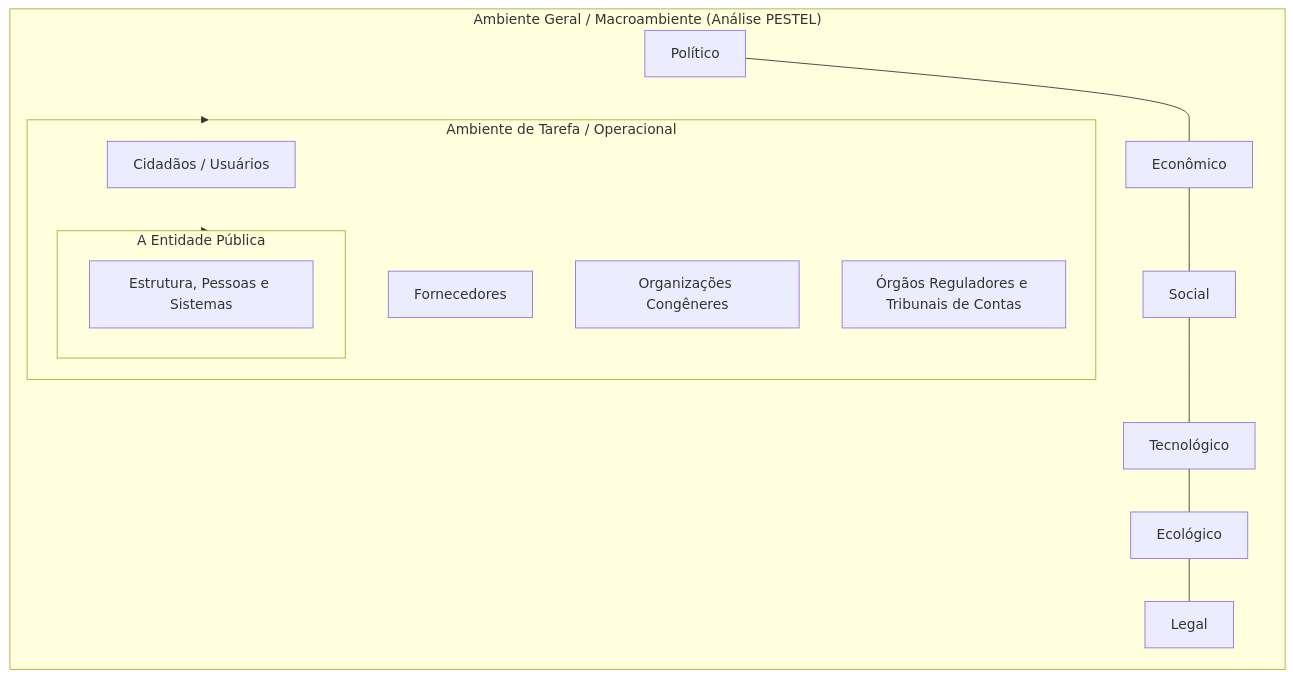
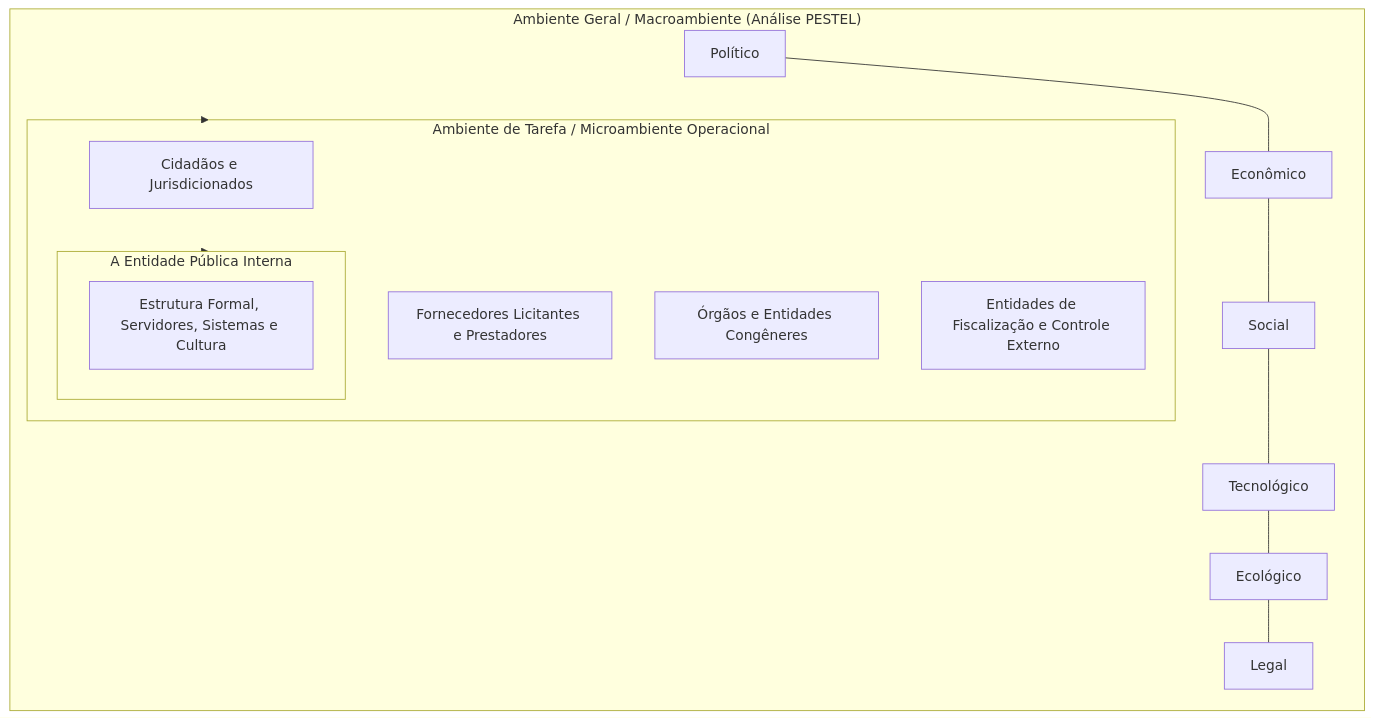
One commit to thiagosantos346/TCE-GO-2027 changed the fifth of 5 diagrams in fontes_de_estudo/conhecimentos_especificos_a01_tecnico_administrativo/22_administracao_geral/02_organizacao_racional_do_trabalho_estruturas_e_ambientes.md. Above: the diagram before and after it, drawn with Mermaid. The commit also changed other lines of this file and 119 other files, not shown here.

````diff
--- a/fontes_de_estudo/conhecimentos_especificos_a01_tecnico_administrativo/22_administracao_geral/02_organizacao_racional_do_trabalho_estruturas_e_ambientes.md
+++ b/fontes_de_estudo/conhecimentos_especificos_a01_tecnico_administrativo/22_administracao_geral/02_organizacao_racional_do_trabalho_estruturas_e_ambientes.md
@@ -176,19 +171,19 @@
 ```mermaid
 flowchart TD
     subgraph Macroambiente ["Ambiente Geral / Macroambiente (Análise PESTEL)"]
         P["Político"] --- E["Econômico"] --- S["Social"] --- T["Tecnológico"] --- Eco["Ecológico"] --- L["Legal"]
         
-        subgraph Microambiente ["Ambiente de Tarefa / Operacional"]
-            Cid["Cidadãos / Usuários"]
-            Forn["Fornecedores"]
-            Conc["Organizações Congêneres"]
-            Reg["Órgãos Reguladores e Tribunais de Contas"]
+        subgraph Microambiente ["Ambiente de Tarefa / Microambiente Operacional"]
+            Cid["Cidadãos e Jurisdicionados"]
+            Forn["Fornecedores Licitantes e Prestadores"]
+            Conc["Órgãos e Entidades Congêneres"]
+            Reg["Entidades de Fiscalização e Controle Externo"]
             
-            subgraph Interno ["A Entidade Pública"]
-                Org["Estrutura, Pessoas e Sistemas"]
+            subgraph Interno ["A Entidade Pública Interna"]
+                Org["Estrutura Formal, Servidores, Sistemas e Cultura"]
             end
         end
     end
 
     Macroambiente --> Microambiente --> Interno
 ```
````
